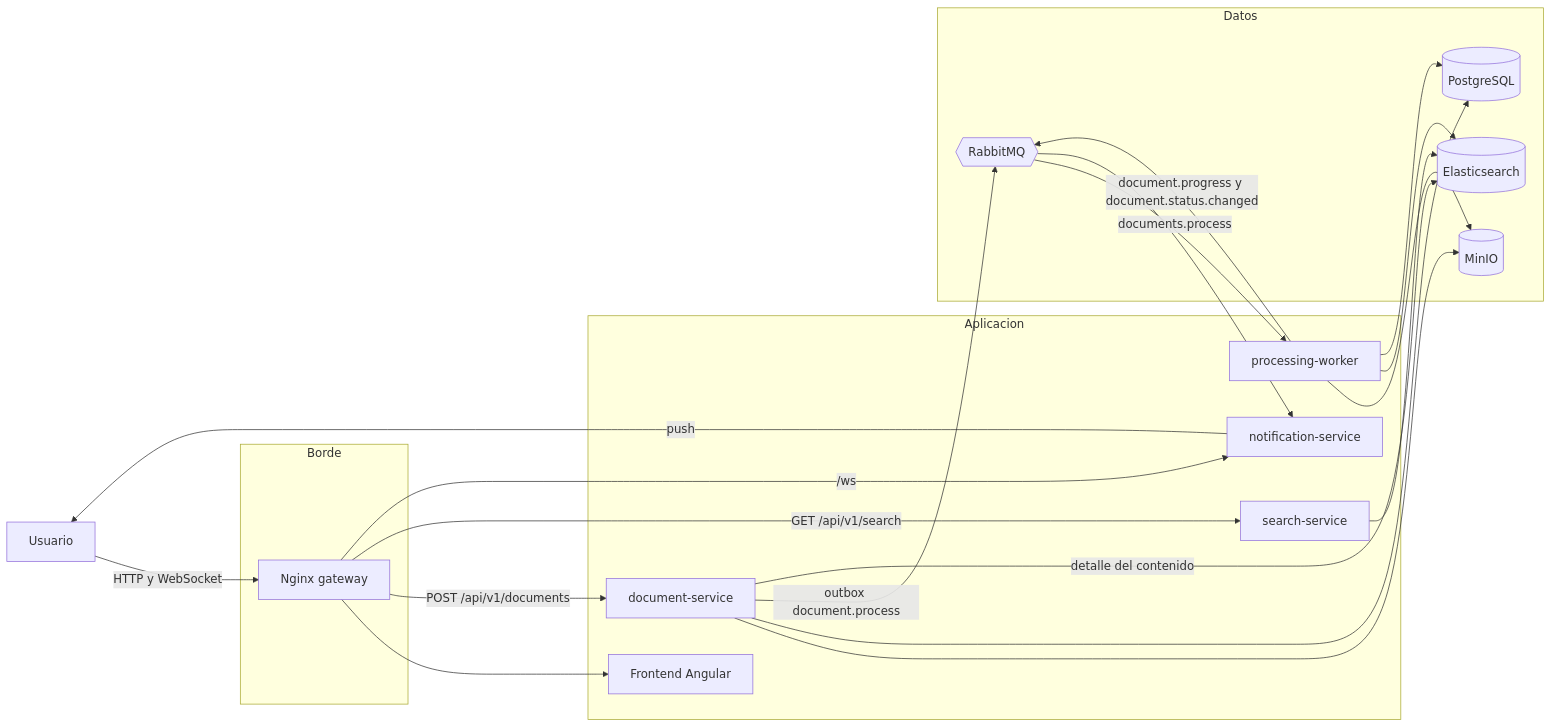
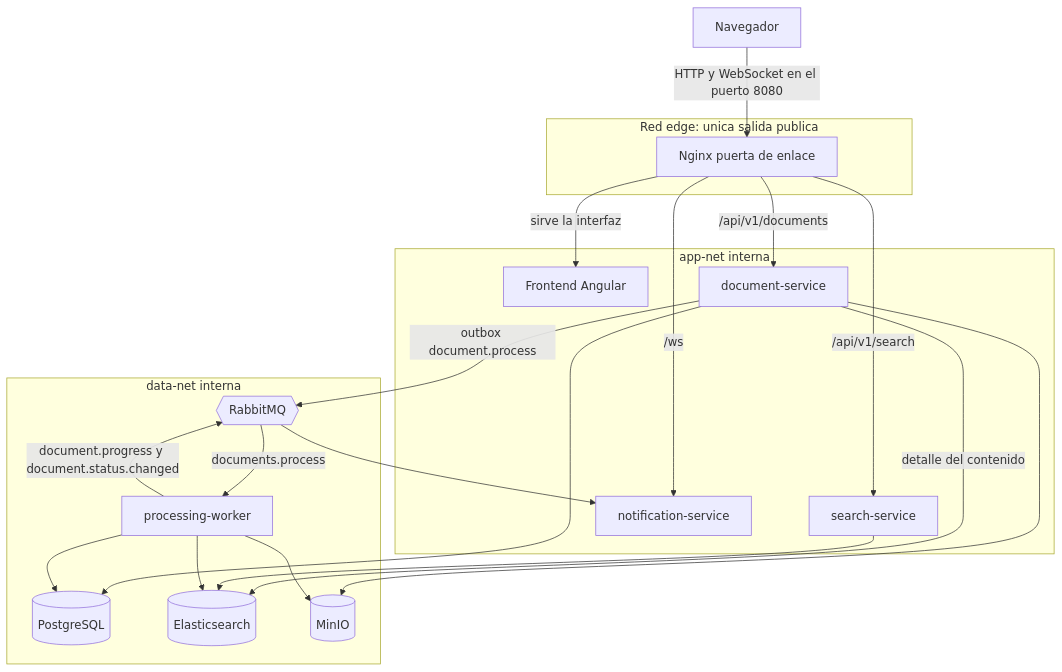
One commit to andres18281/pruebatecnicadavivienda changed the first of 2 diagrams in docs/architecture.md. Above: the diagram before and after it, drawn with Mermaid. The commit also changed other lines of this file, not shown here.

````diff
--- a/docs/architecture.md
+++ b/docs/architecture.md
@@ -11,43 +11,42 @@
 ```mermaid
-flowchart LR
-    U[Usuario]
+flowchart TB
+    U[Navegador]
 
-    subgraph edge [Borde]
-        GW[Nginx gateway]
+    subgraph edge [Red edge: unica salida publica]
+        GW[Nginx puerta de enlace]
     end
 
-    subgraph app [Aplicacion]
+    subgraph app [app-net interna]
         FE[Frontend Angular]
         DOC[document-service]
         SRCH[search-service]
-        WRK[processing-worker]
         NOTI[notification-service]
     end
 
-    subgraph data [Datos]
+    subgraph data [data-net interna]
+        WRK[processing-worker]
         PG[(PostgreSQL)]
         ES[(Elasticsearch)]
         S3[(MinIO)]
         MQ{{RabbitMQ}}
     end
 
-    U -->|HTTP y WebSocket| GW
-    GW --> FE
-    GW -->|POST /api/v1/documents| DOC
-    GW -->|GET /api/v1/search| SRCH
+    U -->|HTTP y WebSocket en el puerto 8080| GW
+    GW -->|sirve la interfaz| FE
+    GW -->|/api/v1/documents| DOC
+    GW -->|/api/v1/search| SRCH
     GW -->|/ws| NOTI
 
     DOC --> S3
     DOC --> PG
     DOC -->|outbox document.process| MQ
     DOC -->|detalle del contenido| ES
     SRCH --> ES
 
     MQ -->|documents.process| WRK
     WRK --> S3
     WRK --> ES
     WRK --> PG
     WRK -->|document.progress y document.status.changed| MQ
     MQ --> NOTI
-    NOTI -->|push| U
 ```
````
